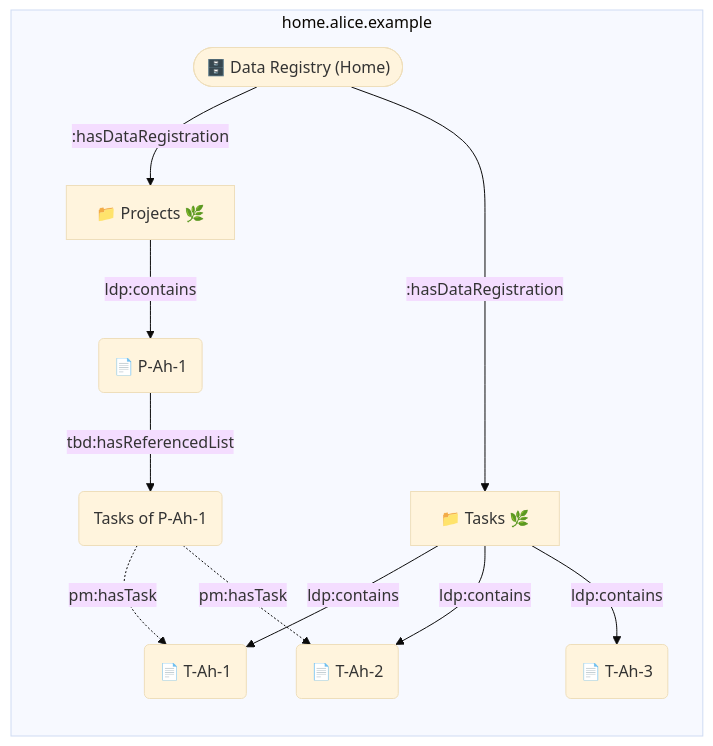
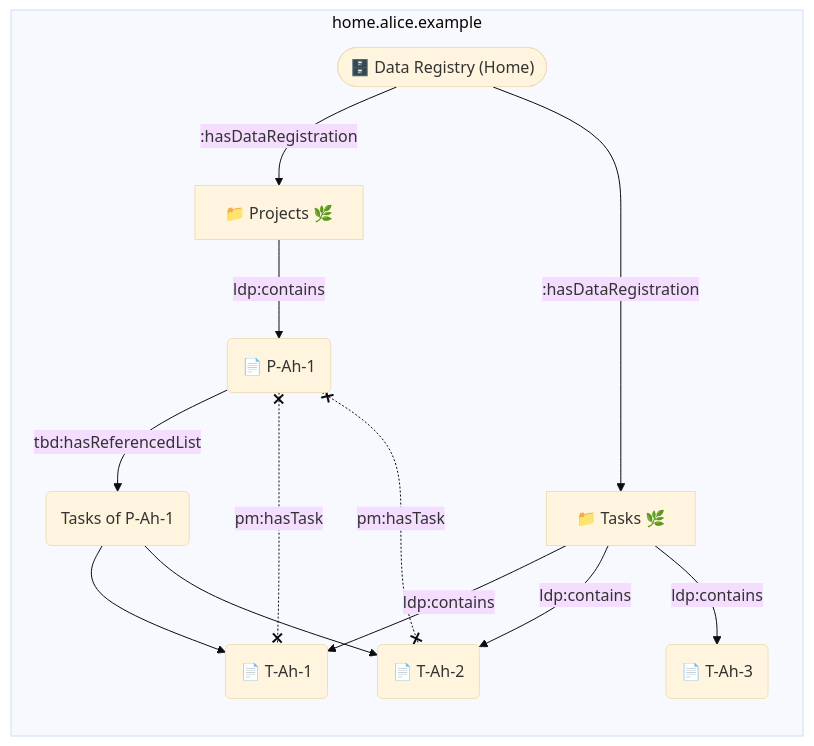
One commit to solid/data-interoperability-panel changed the diagram in proposals/primer/diagrams/home.alice.example.mmd. Above: the diagram before and after it, drawn with Mermaid (base theme). The commit also changed 1 other file, not shown here.

Commit message:
primer: changed diagram notation for externalized relations

```diff
--- a/proposals/primer/diagrams/home.alice.example.mmd
+++ b/proposals/primer/diagrams/home.alice.example.mmd
@@ -1,22 +1,24 @@
 flowchart LR
 
   AliceHomeRegistry(["🗄️ Data Registry (Home)"])
   AliceHomeProjects["📁 Projects 🌿"]
   AliceHomeTasks["📁 Tasks 🌿"]
   PAh1("📄 P-Ah-1")
   PAh1RFT("Tasks of P-Ah-1")
   TAh1("📄 T-Ah-1")
   TAh2("📄 T-Ah-2")
   TAh3("📄 T-Ah-3")
 
   subgraph home.alice.example
     AliceHomeRegistry -- :hasDataRegistration --> AliceHomeProjects
     AliceHomeProjects -- ldp:contains --> PAh1
     PAh1 -- tbd:hasReferencedList --> PAh1RFT
     AliceHomeRegistry -- :hasDataRegistration --> AliceHomeTasks
     AliceHomeTasks -- ldp:contains --> TAh1
     AliceHomeTasks -- ldp:contains --> TAh2
     AliceHomeTasks -- ldp:contains --> TAh3
-    PAh1RFT -. pm:hasTask .-> TAh1
-    PAh1RFT -. pm:hasTask .-> TAh2
+    PAh1 x-. pm:hasTask .-x TAh1
+    PAh1 x-. pm:hasTask .-x TAh2
+    PAh1RFT --> TAh1
+    PAh1RFT --> TAh2
   end
```
